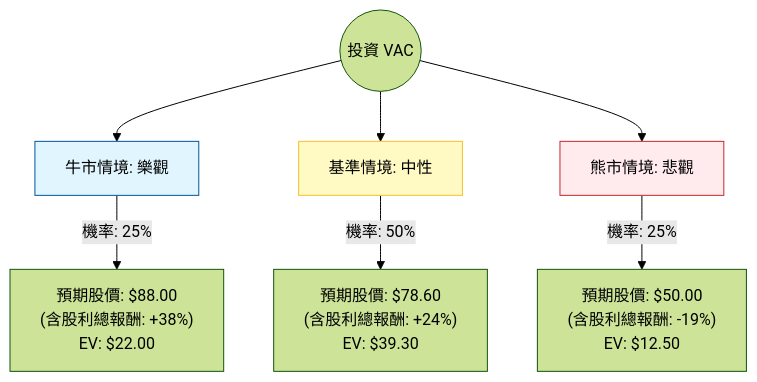
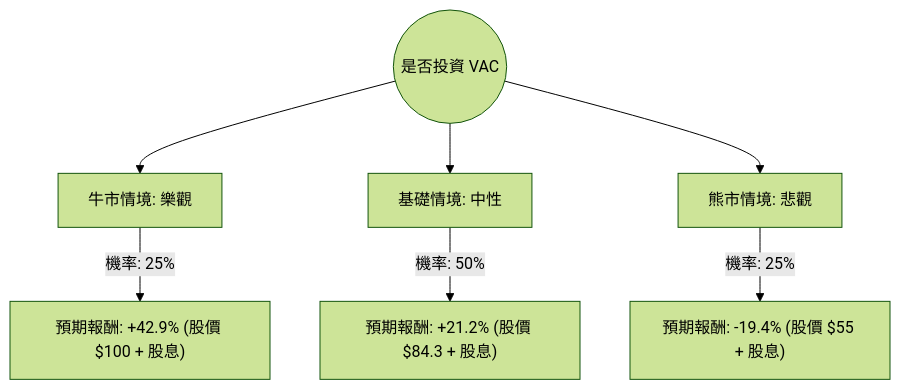
One commit to zmcx16/zmcx16.github.io changed the diagram in plugin-react/ai-analysis/ev-analysis/VAC.md. Above: the diagram before and after it, drawn with Mermaid (forest theme). The commit also changed other lines of this file and 81 other files, not shown here.

````diff
--- a/plugin-react/ai-analysis/ev-analysis/VAC.md
+++ b/plugin-react/ai-analysis/ev-analysis/VAC.md
@@ -20,14 +21,10 @@
 ```mermaid
 graph TD
-    Start((投資 VAC)) --> Bull[牛市情境: 樂觀]
-    Start --> Base[基準情境: 中性]
+    Start((是否投資 VAC)) --> Bull[牛市情境: 樂觀]
+    Start --> Base[基礎情境: 中性]
     Start --> Bear[熊市情境: 悲觀]
 
-    Bull -- "機率: 25%" --> BullResult["預期股價: $88.00 <br> (含股利總報酬: +38%) <br> EV: $22.00"]
-    Base -- "機率: 50%" --> BaseResult["預期股價: $78.60 <br> (含股利總報酬: +24%) <br> EV: $39.30"]
-    Bear -- "機率: 25%" --> BearResult["預期股價: $50.00 <br> (含股利總報酬: -19%) <br> EV: $12.50"]
-
-    style Bull fill:#e1f5fe,stroke:#01579b
-    style Base fill:#fff9c4,stroke:#fbc02d
-    style Bear fill:#ffebee,stroke:#c62828
+    Bull -- "機率: 25%" --> BullResult["預期報酬: +42.9% (股價 $100 + 股息)"]
+    Base -- "機率: 50%" --> BaseResult["預期報酬: +21.2% (股價 $84.3 + 股息)"]
+    Bear -- "機率: 25%" --> BearResult["預期報酬: -19.4% (股價 $55 + 股息)"]
 ```
````
